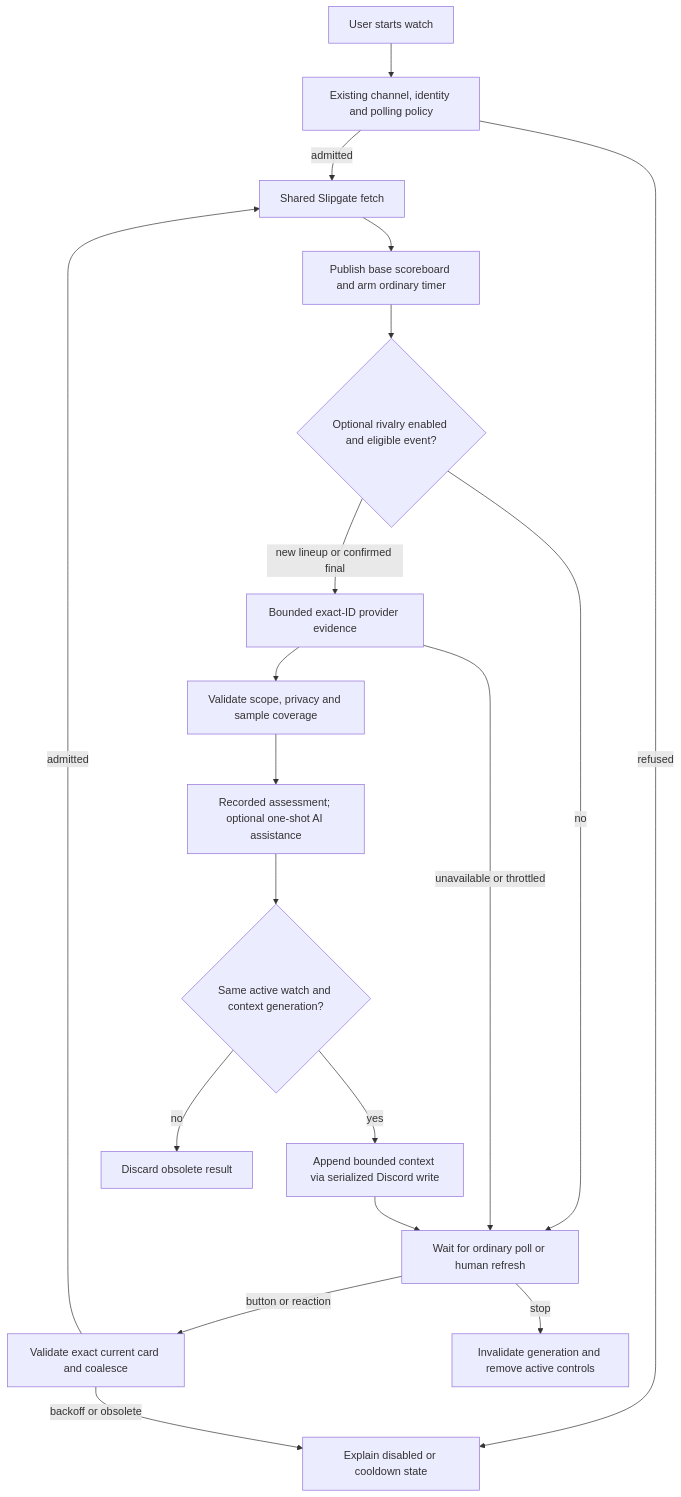
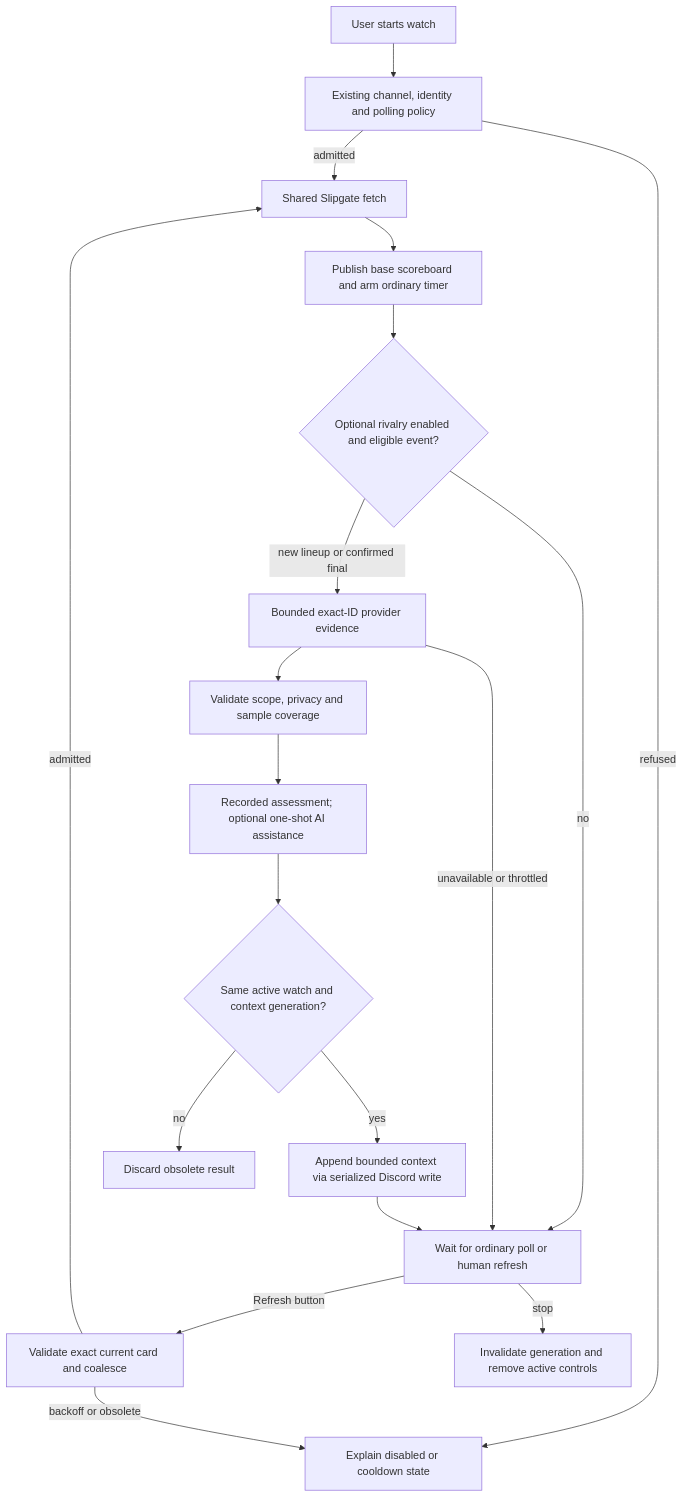
Before and after one commit to f0rky/Chimp-GPT: the diagram in docs/features/quake-rivalry.md, drawn with Mermaid. The commit also changed other lines of this file and 8 other files, not shown here.

Commit message:
fix: queue button refresh promptly and prioritize live scoreboard

````diff
--- a/docs/features/quake-rivalry.md
+++ b/docs/features/quake-rivalry.md
@@ -40,21 +40,21 @@
 ```mermaid
 flowchart TD
   U[User starts watch] --> P[Existing channel, identity and polling policy]
   P -->|admitted| F[Shared Slipgate fetch]
   P -->|refused| R[Explain disabled or cooldown state]
   F --> B[Publish base scoreboard and arm ordinary timer]
   B --> C{Optional rivalry enabled and eligible event?}
   C -->|no| W[Wait for ordinary poll or human refresh]
   C -->|new lineup or confirmed final| E[Bounded exact-ID provider evidence]
   E --> V[Validate scope, privacy and sample coverage]
   V --> A[Recorded assessment; optional one-shot AI assistance]
   A --> G{Same active watch and context generation?}
   G -->|yes| D[Append bounded context via serialized Discord write]
   G -->|no| X[Discard obsolete result]
   E -->|unavailable or throttled| W
   D --> W
-  W -->|button or reaction| M[Validate exact current card and coalesce]
+  W -->|Refresh button| M[Validate exact current card and coalesce]
   M -->|admitted| F
   M -->|backoff or obsolete| R
   W -->|stop| S[Invalidate generation and remove active controls]
 ```
````
